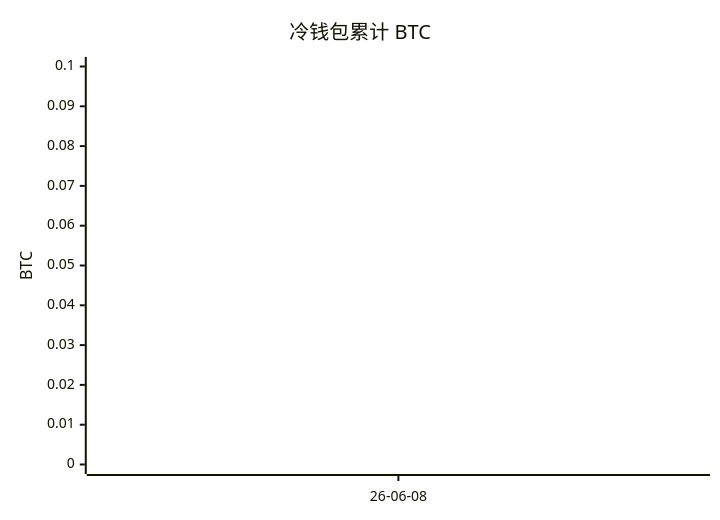
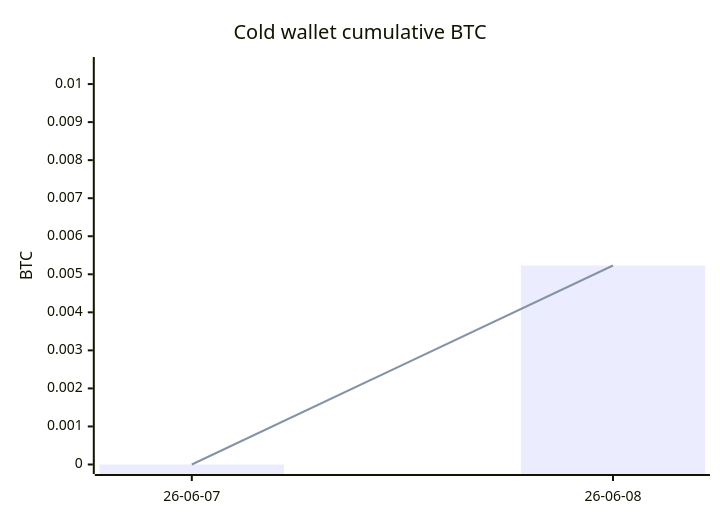
Before and after one commit to SayangChun/0.1BTC: the diagram in README.md, drawn with Mermaid. The commit also changed other lines of this file and 2 other files, not shown here.

First line of the commit message:
Fix chart visibility and record first withdrawal cost

````diff
--- a/README.md
+++ b/README.md
@@ -63,7 +67,8 @@
 ```mermaid
 xychart-beta
-    title "冷钱包累计 BTC"
-    x-axis ["26-06-08"]
-    y-axis "BTC" 0 --> 0.1
-    line [0.005231]
+    title "Cold wallet cumulative BTC"
+    x-axis ["26-06-07", "26-06-08"]
+    y-axis "BTC" 0 --> 0.010462
+    bar [0.0, 0.005231]
+    line [0.0, 0.005231]
 ```
````
